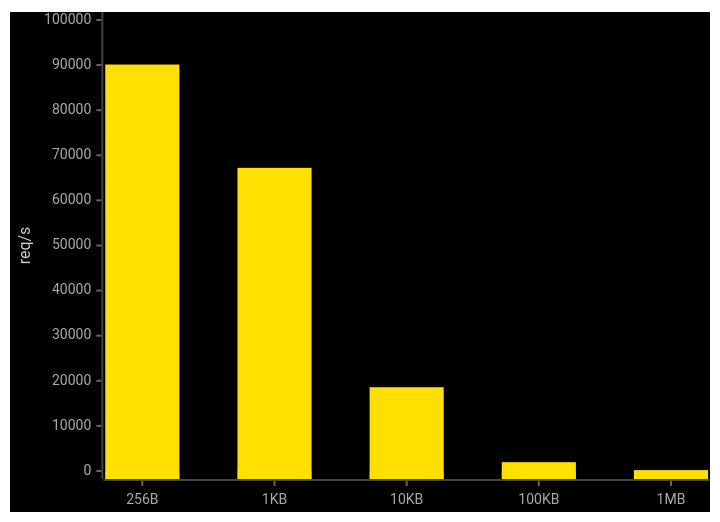
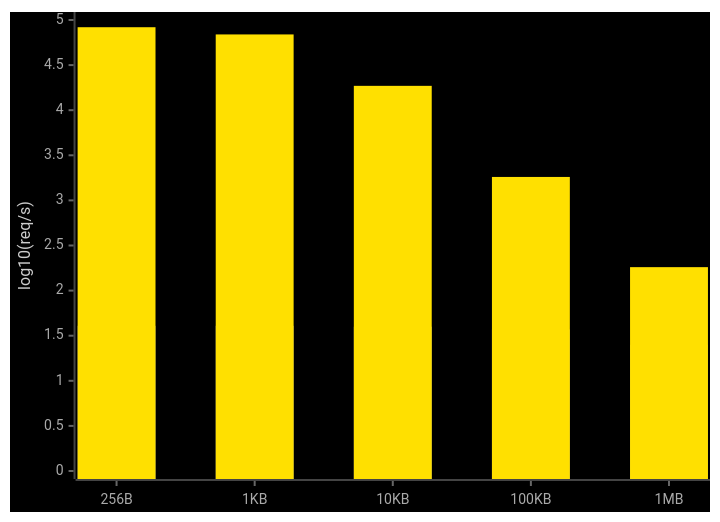
One commit to inference-labs-inc/lightning changed the second of 2 diagrams in README.md. Above: the diagram before and after it, drawn with Mermaid. The commit also changed other lines of this file and 1 other file, not shown here.

````diff
--- a/README.md
+++ b/README.md
@@ -105,25 +105,25 @@
 ```mermaid
 ---
 config:
     xyChart:
         plotReservedSpacePercent: 60
     themeVariables:
         xyChart:
             backgroundColor: "#000000"
             plotColorPalette: "#808080, #FFE000"
             titleColor: "#ffffff"
             xAxisLabelColor: "#aaaaaa"
             xAxisTitleColor: "#cccccc"
             xAxisTickColor: "#666666"
             xAxisLineColor: "#444444"
             yAxisLabelColor: "#aaaaaa"
             yAxisTitleColor: "#cccccc"
             yAxisTickColor: "#666666"
             yAxisLineColor: "#444444"
 ---
 xychart-beta
     x-axis ["256B", "1KB", "10KB", "100KB", "1MB"]
-    y-axis "req/s" 0 --> 100000
-    bar "bittensor" [49, 61, 60, 59, 57]
-    bar "lightning" [90126, 67210, 18576, 1958, 193]
+    y-axis "log10(req/s)" 0 --> 5
+    bar "bittensor" [1.61, 1.61, 1.60, 1.57, 1.40]
+    bar "lightning" [4.92, 4.84, 4.27, 3.26, 2.26]
 ```
````
